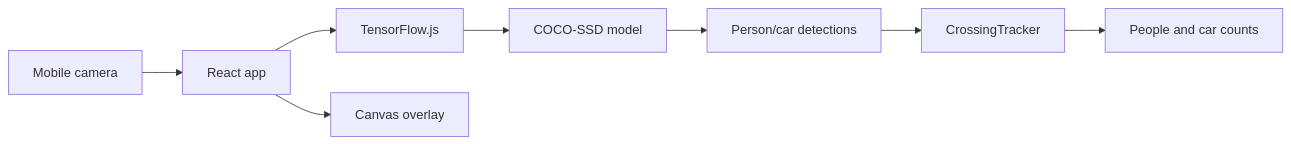
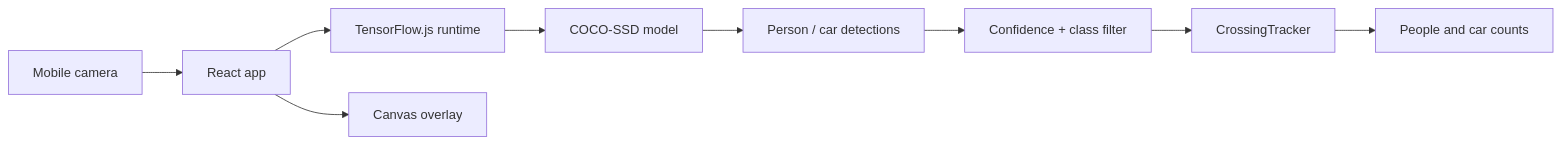
Before and after one commit to JulioAmestica/pocia-count: the diagram in README.md, drawn with Mermaid. The commit also changed other lines of this file, not shown here.

````diff
--- a/README.md
+++ b/README.md
@@ -41,10 +71,11 @@
 ```mermaid
 flowchart LR
     Camera[Mobile camera] --> Browser[React app]
-    Browser --> TF[TensorFlow.js]
+    Browser --> TF[TensorFlow.js runtime]
     TF --> Model[COCO-SSD model]
-    Model --> Detections[Person/car detections]
-    Detections --> Tracker[CrossingTracker]
+    Model --> Detections[Person / car detections]
+    Detections --> Filter[Confidence + class filter]
+    Filter --> Tracker[CrossingTracker]
     Tracker --> Counts[People and car counts]
     Browser --> Canvas[Canvas overlay]
 ```
````
